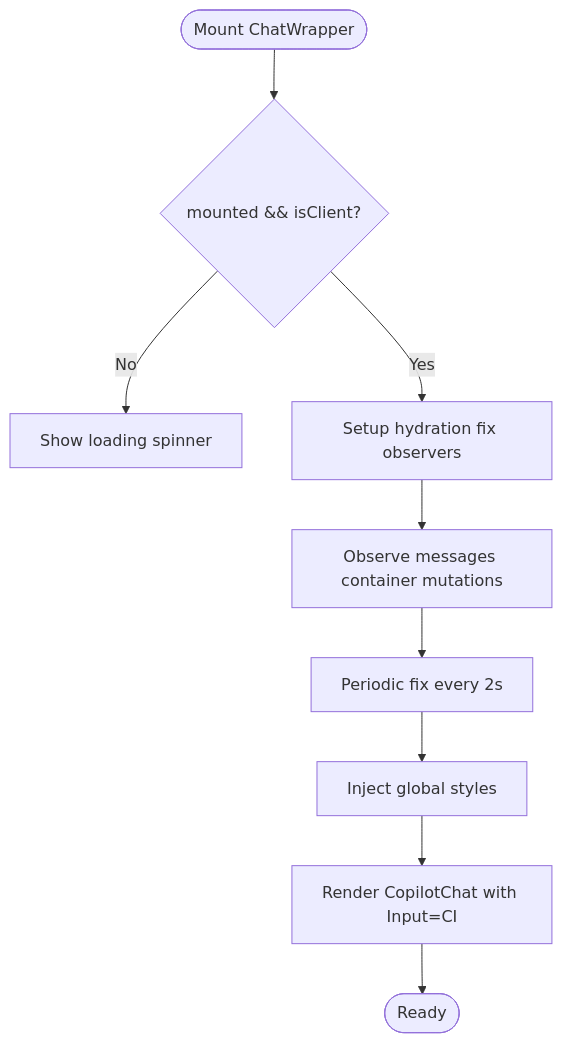
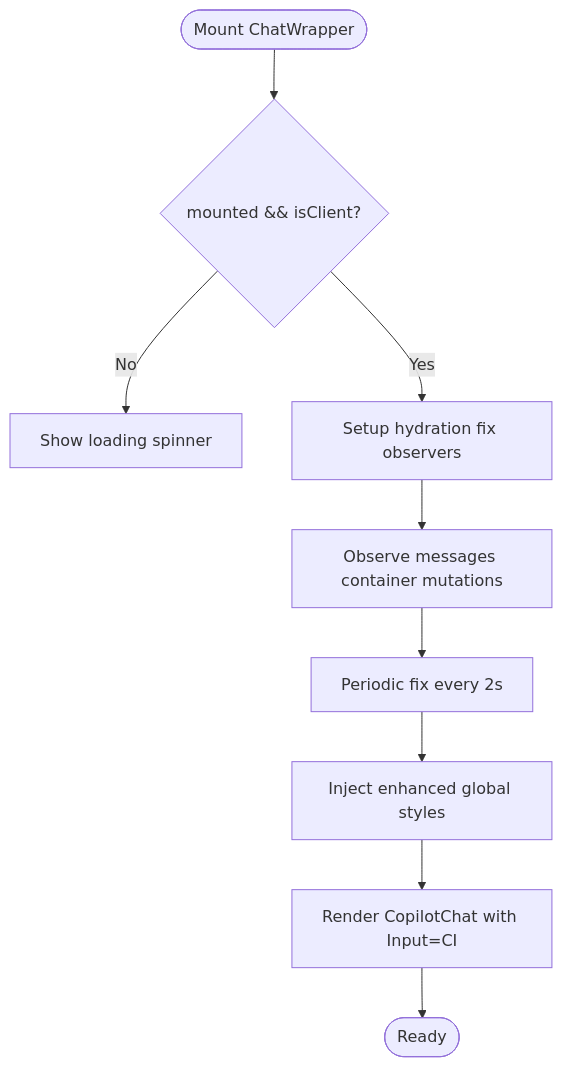
The third of 8 diagrams in .qoder/repowiki/en/content/UI Components/Chat Interface Components.md (peixuanhu/goal-mate), drawn with Mermaid before and after one commit. The commit also changed other lines of this file and 6 other files, not shown here.

````diff
--- a/.qoder/repowiki/en/content/UI Components/Chat Interface Components.md
+++ b/.qoder/repowiki/en/content/UI Components/Chat Interface Components.md
@@ -134,11 +143,11 @@
 ```mermaid
 flowchart TD
 Start(["Mount ChatWrapper"]) --> CheckMounted{"mounted && isClient?"}
 CheckMounted --> |No| Loading["Show loading spinner"]
 CheckMounted --> |Yes| HydrFix["Setup hydration fix observers"]
 HydrFix --> Observe["Observe messages container mutations"]
 Observe --> Periodic["Periodic fix every 2s"]
-Periodic --> ApplyStyles["Inject global styles"]
+Periodic --> ApplyStyles["Inject enhanced global styles"]
 ApplyStyles --> RenderChat["Render CopilotChat with Input=CI"]
 RenderChat --> End(["Ready"])
 ```
````
